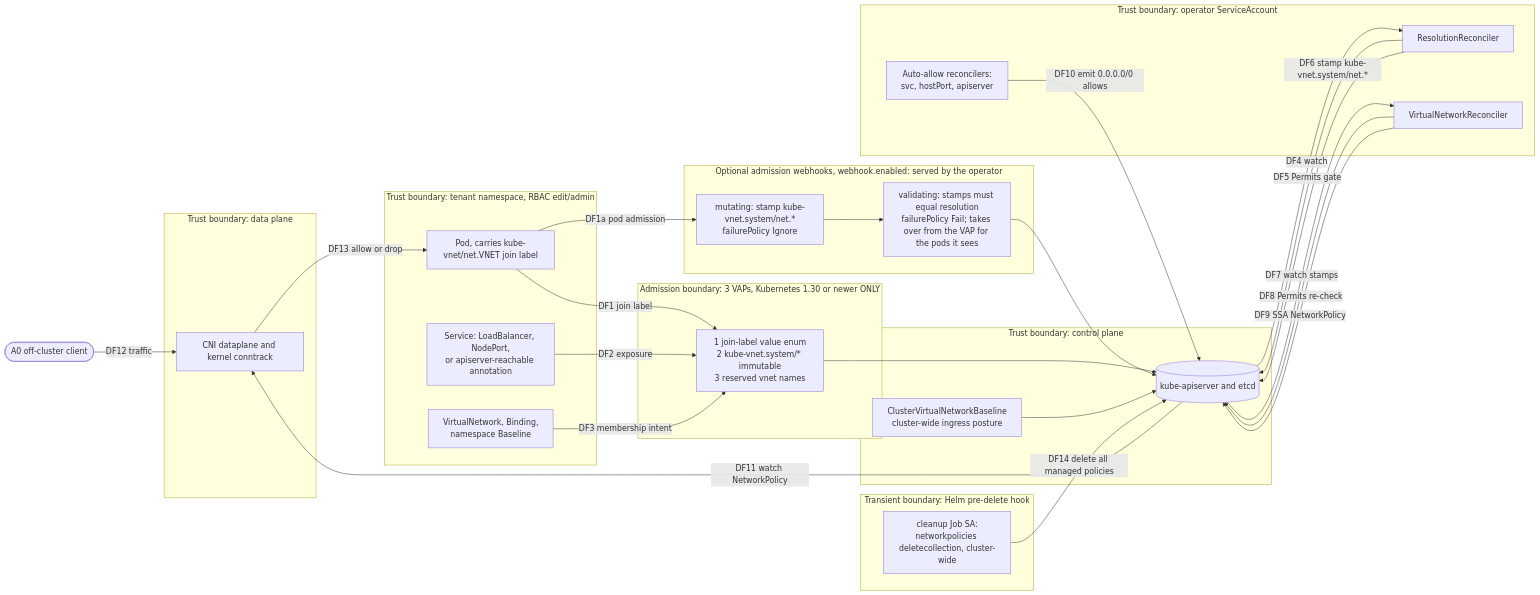
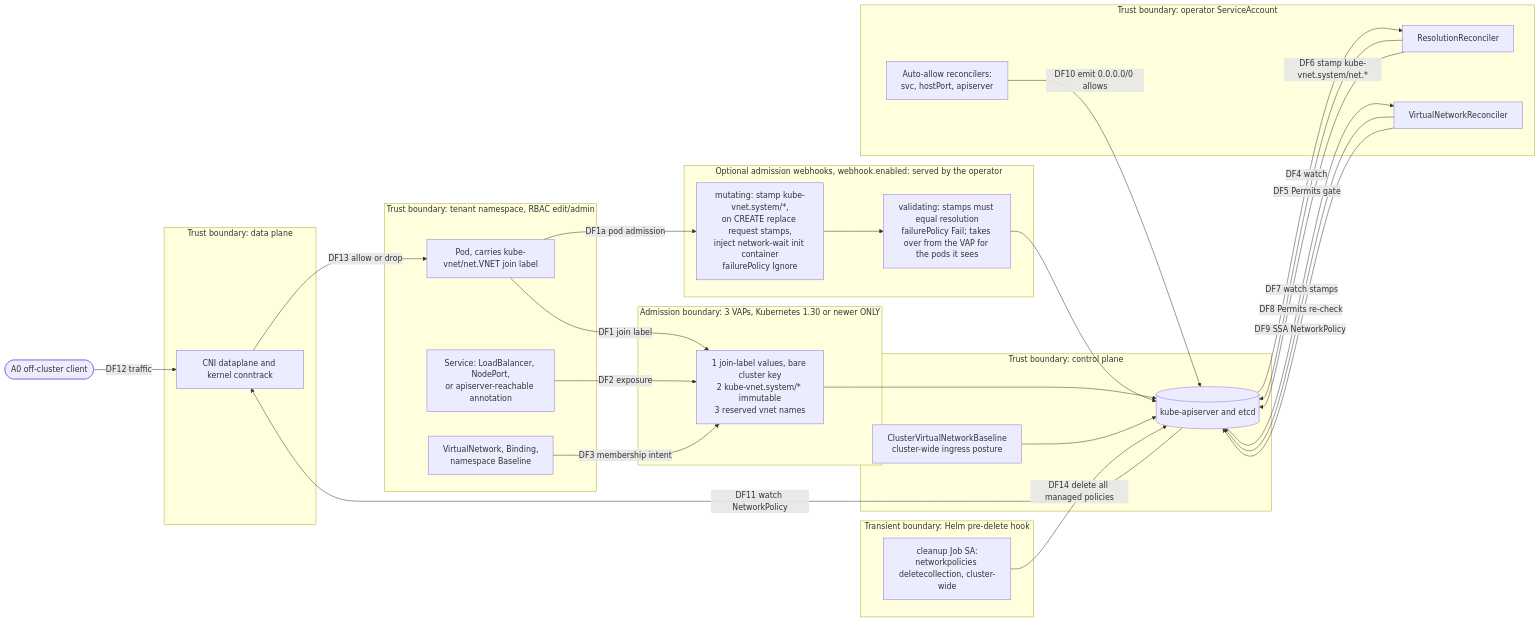
The first of 2 diagrams in docs/security/threat-model.md (lhns/kube-vnet), drawn with Mermaid before and after one commit. The commit also changed other lines of this file and 1 other file, not shown here.

Commit message:
docs(threat-model): update for network-wait, stamp rewrite, host-port and release signing

````diff
--- a/docs/security/threat-model.md
+++ b/docs/security/threat-model.md
@@ -61,63 +64,63 @@
 ```mermaid
 flowchart LR
     ext(["A0 off-cluster client"])
 
     subgraph TENANT["Trust boundary: tenant namespace, RBAC edit/admin"]
         pod["Pod, carries kube-vnet/net.VNET join label"]
         svc["Service: LoadBalancer, NodePort,<br/>or apiserver-reachable annotation"]
         crs["VirtualNetwork, Binding,<br/>namespace Baseline"]
     end
 
     subgraph ADM["Admission boundary: 3 VAPs, Kubernetes 1.30 or newer ONLY"]
-        vap["1 join-label value enum<br/>2 kube-vnet.system/* immutable<br/>3 reserved vnet names"]
+        vap["1 join-label values, bare cluster key<br/>2 kube-vnet.system/* immutable<br/>3 reserved vnet names"]
     end
 
     subgraph WH["Optional admission webhooks, webhook.enabled: served by the operator"]
-        mwh["mutating: stamp kube-vnet.system/net.*<br/>failurePolicy Ignore"]
+        mwh["mutating: stamp kube-vnet.system/*,<br/>on CREATE replace request stamps,<br/>inject network-wait init container<br/>failurePolicy Ignore"]
         vwh["validating: stamps must equal resolution<br/>failurePolicy Fail; takes over from the VAP for the pods it sees"]
     end
 
     subgraph CP["Trust boundary: control plane"]
         api[("kube-apiserver and etcd")]
         cvnb["ClusterVirtualNetworkBaseline<br/>cluster-wide ingress posture"]
     end
 
     subgraph OP["Trust boundary: operator ServiceAccount"]
         res["ResolutionReconciler"]
         gen["VirtualNetworkReconciler"]
         auto["Auto-allow reconcilers:<br/>svc, hostPort, apiserver"]
     end
 
     subgraph DP["Trust boundary: data plane"]
         cni["CNI dataplane and kernel conntrack"]
     end
 
     subgraph HOOK["Transient boundary: Helm pre-delete hook"]
         job["cleanup Job SA:<br/>networkpolicies deletecollection, cluster-wide"]
     end
 
     pod -->|"DF1 join label"| vap
     pod -->|"DF1a pod admission"| mwh
     mwh --> vwh
     vwh --> api
     svc -->|"DF2 exposure"| vap
     crs -->|"DF3 membership intent"| vap
     vap --> api
     cvnb --> api
 
     api -->|"DF4 watch"| res
     res -->|"DF5 Permits gate"| api
     res -->|"DF6 stamp kube-vnet.system/net.*"| api
 
     api -->|"DF7 watch stamps"| gen
     gen -->|"DF8 Permits re-check"| api
     gen -->|"DF9 SSA NetworkPolicy"| api
 
     auto -->|"DF10 emit 0.0.0.0/0 allows"| api
 
     api -->|"DF11 watch NetworkPolicy"| cni
     ext -->|"DF12 traffic"| cni
     cni -->|"DF13 allow or drop"| pod
 
     job -->|"DF14 delete all managed policies"| api
 ```
````
